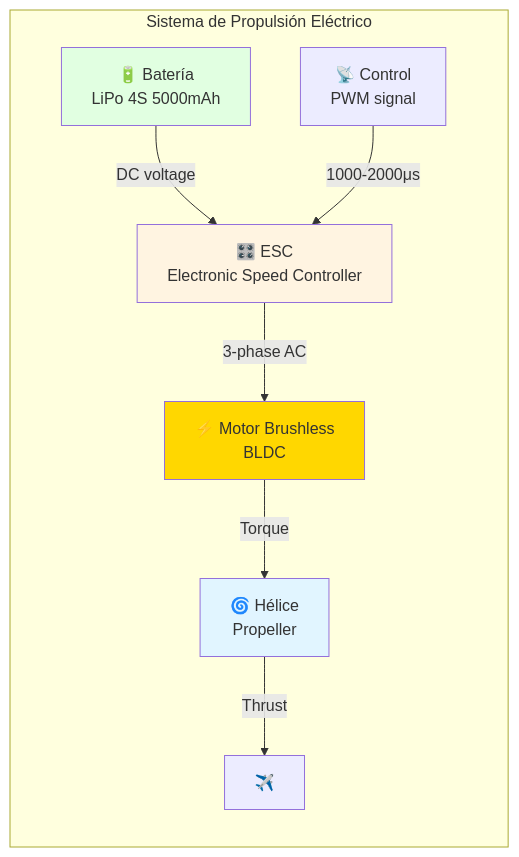
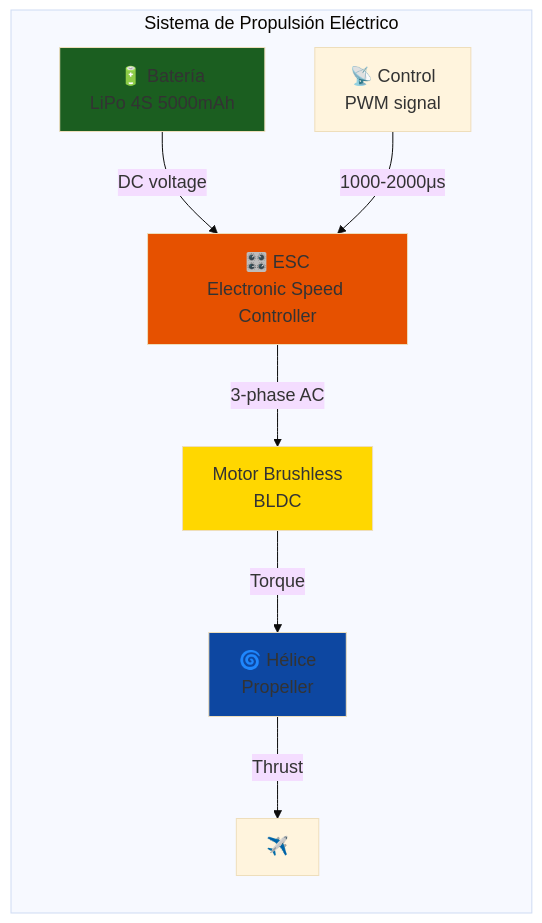
The fourth of 16 diagrams in courses/🟡-development/FPUNA-2026/03-INGENIERIA-AERONAUTICA/04-sistemas-propulsion.md (Ai-Whisperers/Courses-Content), drawn with Mermaid before and after one commit. The commit also changed other lines of this file and 47 other files, not shown here.

First line of the commit message:
fix: Make all 473 diagrams WCAG AAA accessible (FPUNA-2026)

````diff
--- a/courses/🟡-development/FPUNA-2026/03-INGENIERIA-AERONAUTICA/04-sistemas-propulsion.md
+++ b/courses/🟡-development/FPUNA-2026/03-INGENIERIA-AERONAUTICA/04-sistemas-propulsion.md
@@ -236,21 +239,22 @@
 ```mermaid
+%%{init: {'theme':'base', 'themeVariables': {'fontSize':'18px'}}}%%
 graph LR
     subgraph "Sistema de Propulsión Eléctrico"
         A[🔋 Batería<br/>LiPo 4S 5000mAh]
         B[🎛️ ESC<br/>Electronic Speed Controller]
-        C[⚡ Motor Brushless<br/>BLDC]
+        C[Motor Brushless<br/>BLDC]
         D[🌀 Hélice<br/>Propeller]
         E[📡 Control<br/>PWM signal]
         
         A -->|DC voltage| B
         E -->|1000-2000μs| B
         B -->|3-phase AC| C
         C -->|Torque| D
         D -->|Thrust| F[✈️]
     end
     
-    style A fill:#E1FFE1
-    style B fill:#FFF4E1
+    style A fill:#1b5e20
+    style B fill:#e65100
     style C fill:#FFD700
-    style D fill:#E1F5FF
+    style D fill:#0d47a1
 ```
````
